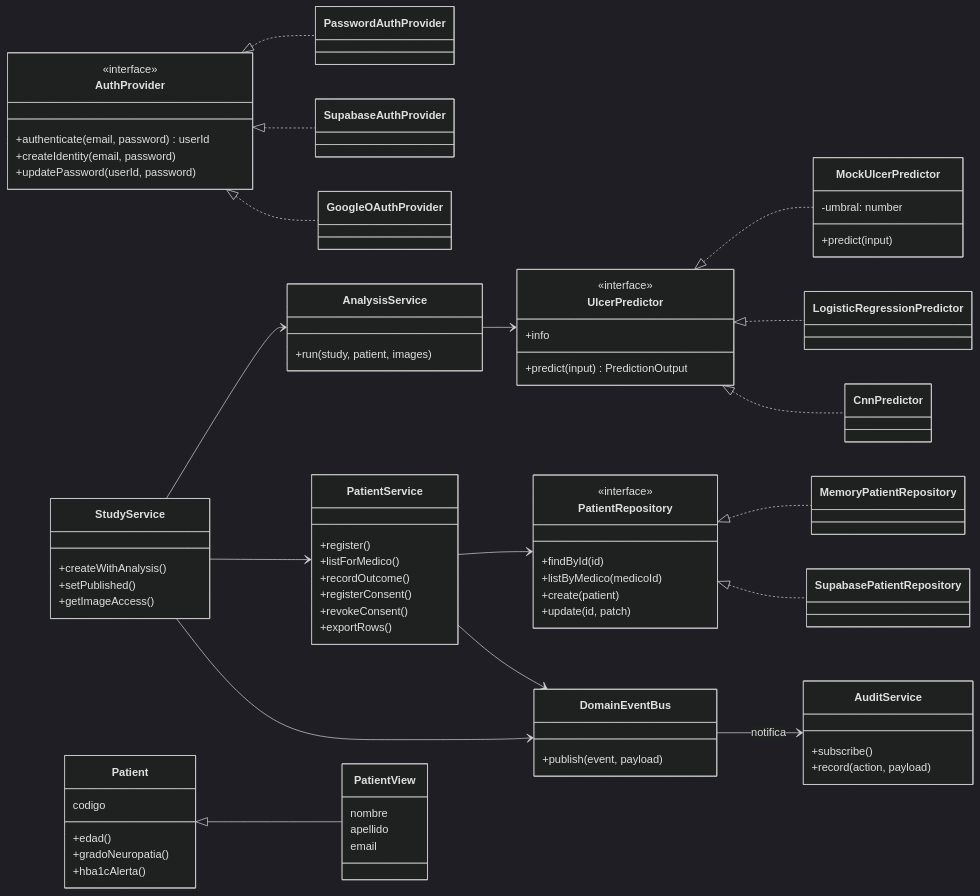
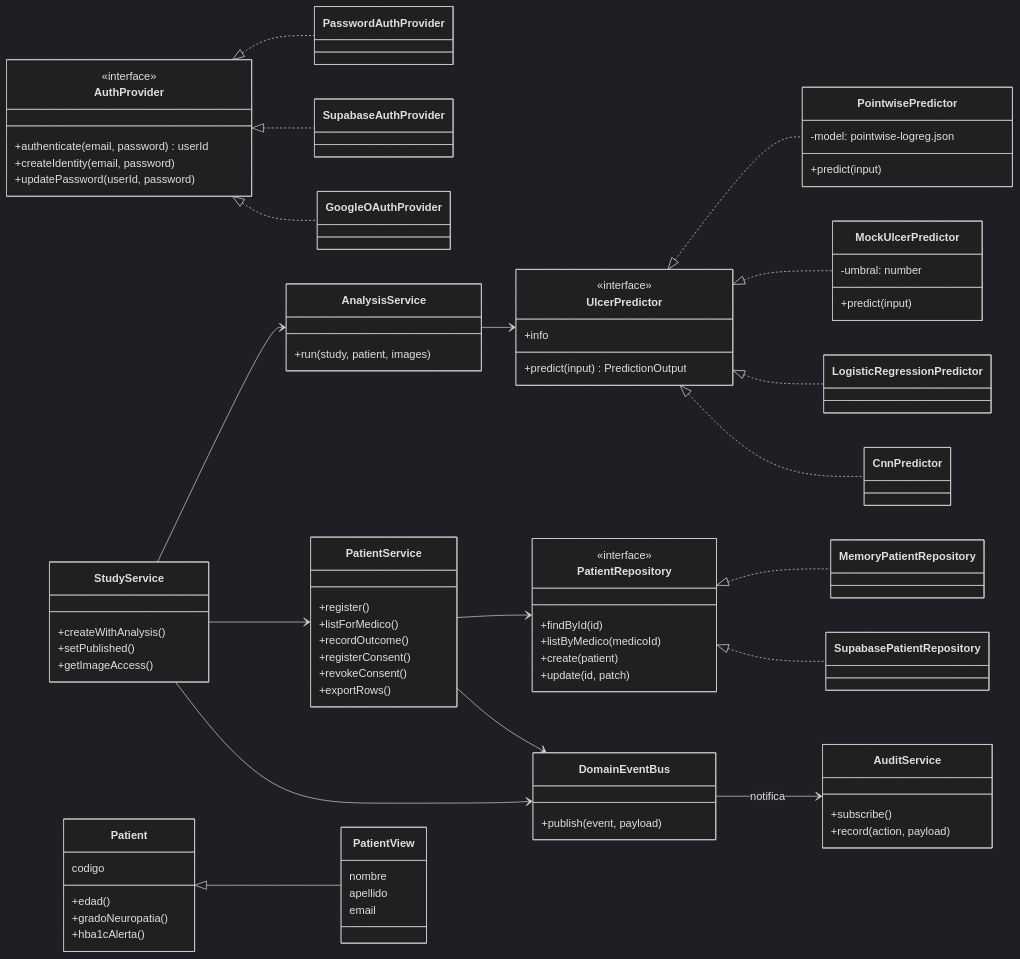
Before and after one commit to ivanjalid1/portal-pie-diabetico: the second of 5 diagrams in docs/arquitectura.md, drawn with Mermaid (dark theme). The commit also changed other lines of this file and 6 other files, not shown here.

```diff
--- a/docs/arquitectura.md
+++ b/docs/arquitectura.md
@@ -80,6 +80,11 @@
     +info
     +predict(input) PredictionOutput
   }
+  class PointwisePredictor {
+    -model: pointwise-logreg.json
+    +predict(input)
+  }
+  UlcerPredictor <|.. PointwisePredictor
   class MockUlcerPredictor {
     -umbral: number
     +predict(input)
```
